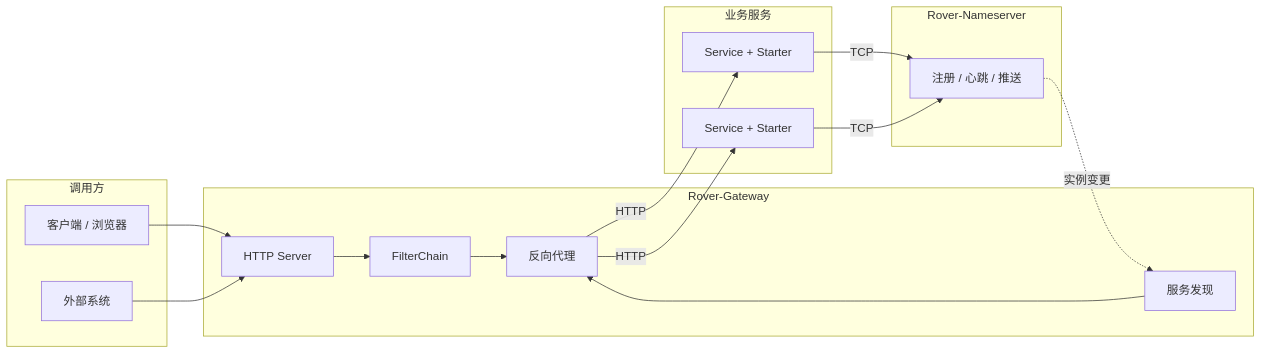
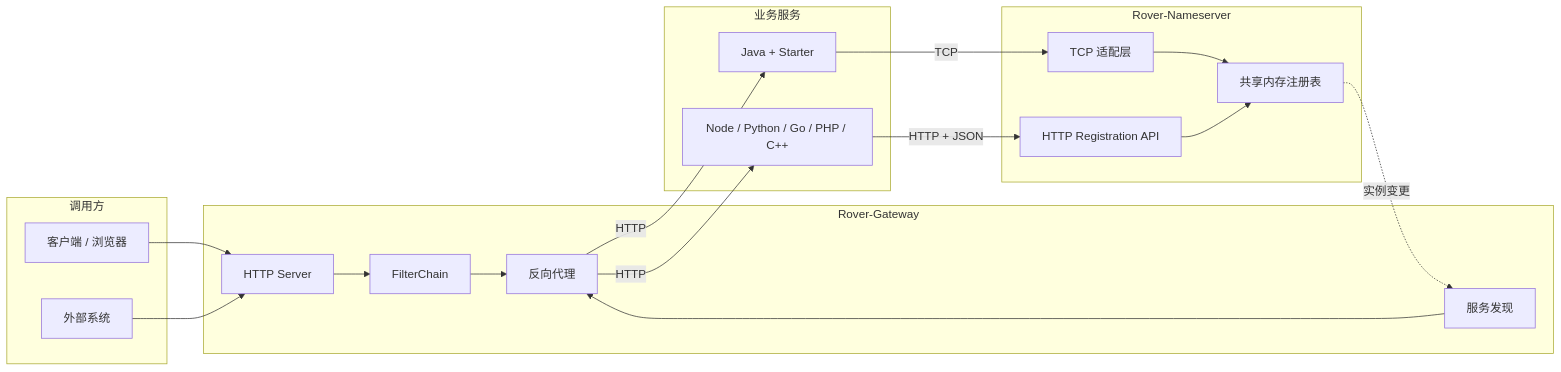
Before and after one commit to zzl-qz/Rover-Suite: the diagram in README.zh-CN.md, drawn with Mermaid. The commit also changed other lines of this file and 74 other files, not shown here.

````diff
--- a/README.zh-CN.md
+++ b/README.zh-CN.md
@@ -61,33 +62,37 @@
 ```mermaid
 flowchart LR
     subgraph Callers["调用方"]
         C1[客户端 / 浏览器]
         C2[外部系统]
     end
 
     subgraph GW["Rover-Gateway"]
         H[HTTP Server]
         F[FilterChain]
         D[服务发现]
         P[反向代理]
         H --> F --> P
         D --> P
     end
 
     subgraph NS["Rover-Nameserver"]
-        R[注册 / 心跳 / 推送]
+        T[TCP 适配层]
+        A[HTTP Registration API]
+        R[共享内存注册表]
+        T --> R
+        A --> R
     end
 
     subgraph Biz["业务服务"]
-        S1[Service + Starter]
-        S2[Service + Starter]
+        S1[Java + Starter]
+        S2[Node / Python / Go / PHP / C++]
     end
 
     C1 --> H
     C2 --> H
     P -->|HTTP| S1
     P -->|HTTP| S2
-    S1 -->|TCP| R
-    S2 -->|TCP| R
+    S1 -->|TCP| T
+    S2 -->|HTTP + JSON| A
     R -.->|实例变更| D
 ```
````
